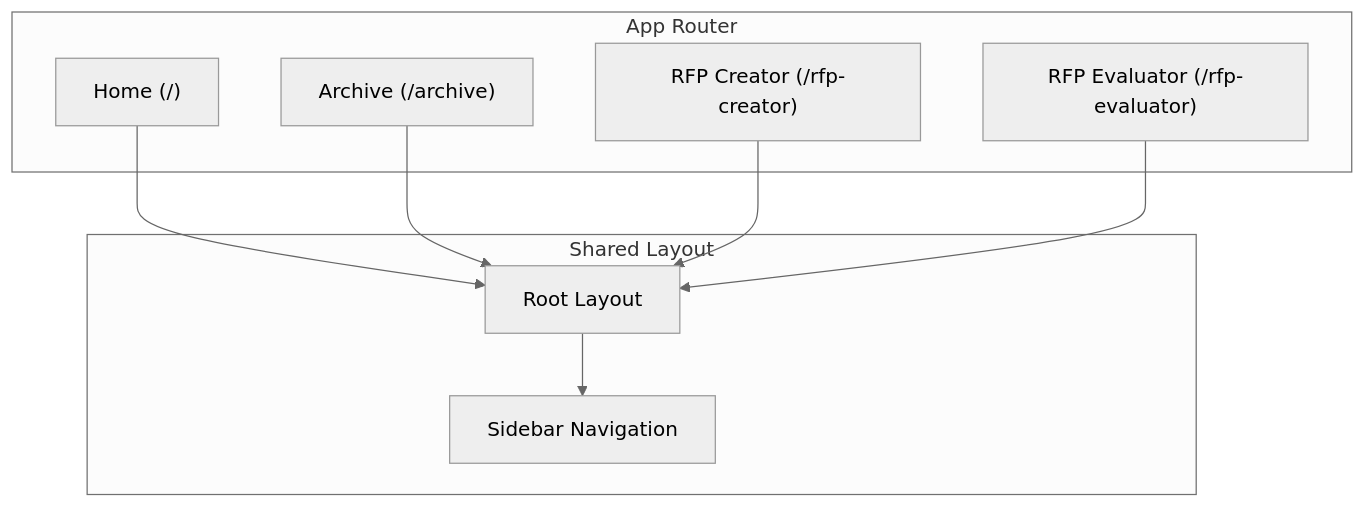
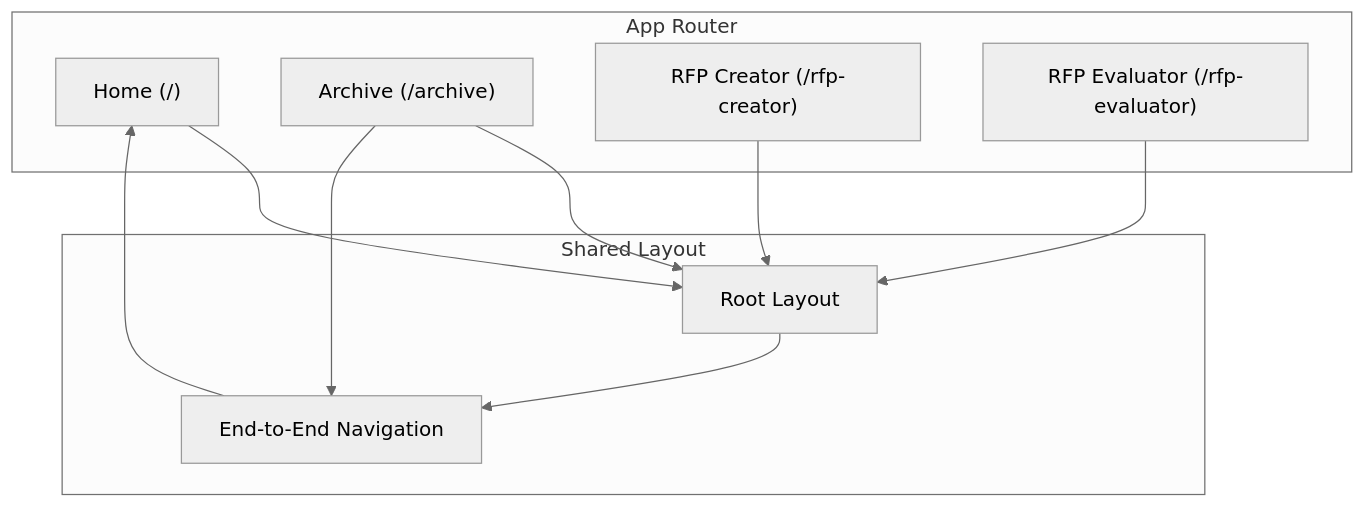
Before and after one commit to alexandreybasta-cyber/dubai-media-ai: the first of 7 diagrams in .qoder/repowiki/en/content/Frontend Application/Page Components & Routing/Page Components & Routing.md, drawn with Mermaid (neutral theme). The commit also changed other lines of this file and 4 other files, not shown here.

````diff
--- a/.qoder/repowiki/en/content/Frontend Application/Page Components & Routing/Page Components & Routing.md
+++ b/.qoder/repowiki/en/content/Frontend Application/Page Components & Routing/Page Components & Routing.md
@@ -59,18 +55,20 @@
 ```mermaid
 graph TB
 subgraph "App Router"
 HOME["Home (/)"]
 ARCHIVE["Archive (/archive)"]
 RFP_CREATOR["RFP Creator (/rfp-creator)"]
 RFP_EVAL["RFP Evaluator (/rfp-evaluator)"]
 end
 subgraph "Shared Layout"
 LAYOUT["Root Layout"]
-SIDEBAR["Sidebar Navigation"]
+END_TO_END_NAV["End-to-End Navigation"]
 end
 HOME --> LAYOUT
 ARCHIVE --> LAYOUT
 RFP_CREATOR --> LAYOUT
 RFP_EVAL --> LAYOUT
-LAYOUT --> SIDEBAR
+LAYOUT --> END_TO_END_NAV
+END_TO_END_NAV --> HOME
+ARCHIVE --> END_TO_END_NAV
 ```
````
